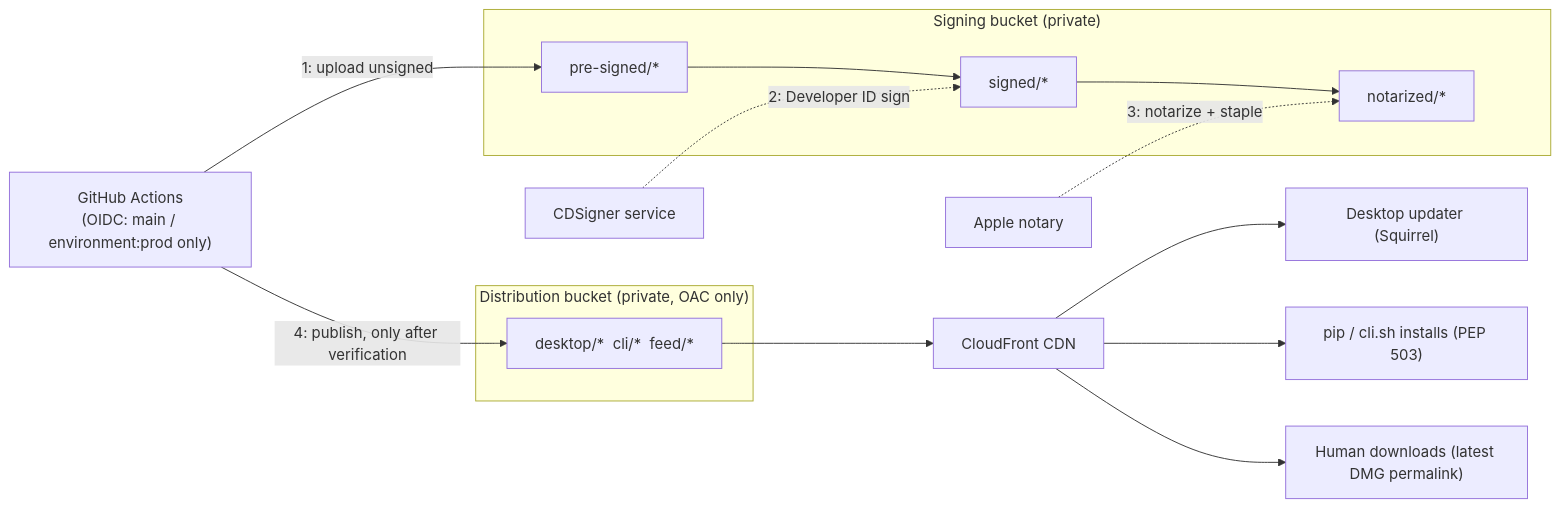
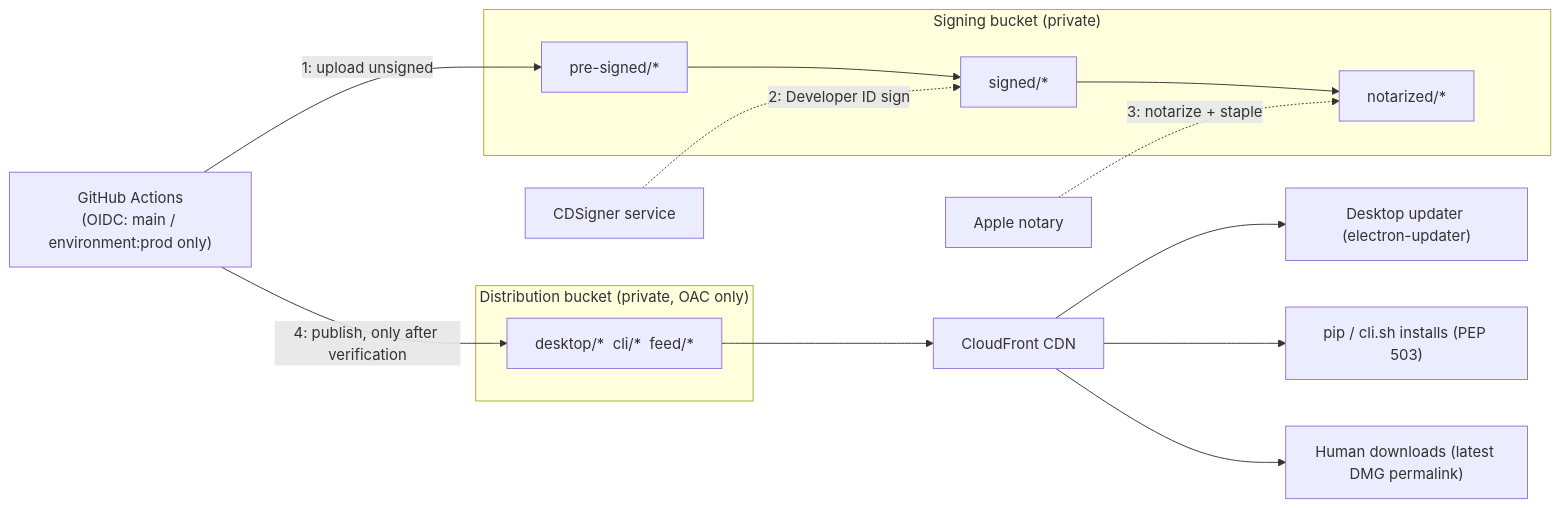
The diagram in docs/release-process-design.md (Arin016/KiroCrew), drawn with Mermaid before and after one commit. The commit also changed other lines of this file and 16 other files, not shown here.

````diff
--- a/docs/release-process-design.md
+++ b/docs/release-process-design.md
@@ -162,18 +167,18 @@
 ```mermaid
 flowchart LR
     CI["GitHub Actions<br/>(OIDC: main / environment:prod only)"] -->|"1: upload unsigned"| PRE["pre-signed/*"]
     subgraph SB["Signing bucket (private)"]
         PRE --> SIGNED["signed/*"]
         SIGNED --> NOTAR["notarized/*"]
     end
     CDS["CDSigner service"] -.->|"2: Developer ID sign"| SIGNED
     APPLE["Apple notary"] -.->|"3: notarize + staple"| NOTAR
     CI -->|"4: publish, only after verification"| DIST
     subgraph PB["Distribution bucket (private, OAC only)"]
         DIST["desktop/*&nbsp;&nbsp;cli/*&nbsp;&nbsp;feed/*"]
     end
     DIST --> CF["CloudFront CDN"]
-    CF --> UPD["Desktop updater (Squirrel)"]
+    CF --> UPD["Desktop updater (electron-updater)"]
     CF --> PIP["pip / cli.sh installs (PEP 503)"]
     CF --> HUM["Human downloads (latest DMG permalink)"]
 ```
````
